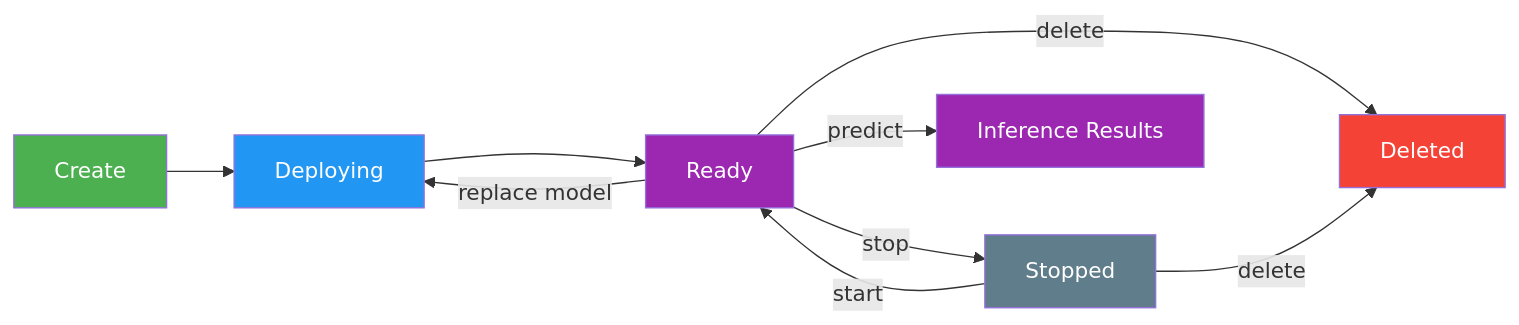
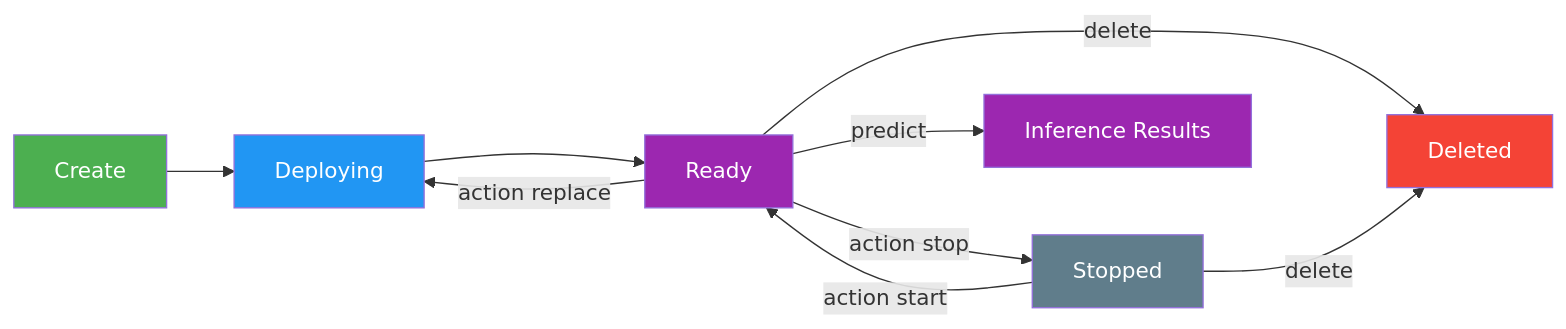
The fourth of 4 diagrams in docs/en/platform/api/index.md (Rehman-AD/cv-yolov8-core), drawn with Mermaid before and after one commit. The commit also changed other lines of this file and 32 other files, not shown here.

````diff
--- a/docs/en/platform/api/index.md
+++ b/docs/en/platform/api/index.md
@@ -1285,17 +1596,17 @@
 ```mermaid
 graph LR
     A[Create]:::start --> B[Deploying]:::proc
     B --> C[Ready]:::out
-    C -->|stop| D[Stopped]:::extern
-    C -->|replace model| B
-    D -->|start| C
+    C -->|action stop| D[Stopped]:::extern
+    C -->|action replace| B
+    D -->|action start| C
     C -->|delete| E[Deleted]:::error
     D -->|delete| E
     C -->|predict| F[Inference Results]:::out
 
     classDef start fill:#4CAF50,color:#fff
     classDef proc fill:#2196F3,color:#fff
     classDef out fill:#9C27B0,color:#fff
     classDef error fill:#F44336,color:#fff
     classDef extern fill:#607D8B,color:#fff
 ```
````
